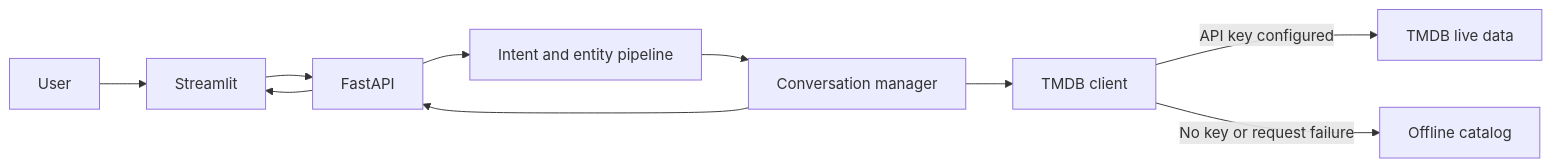
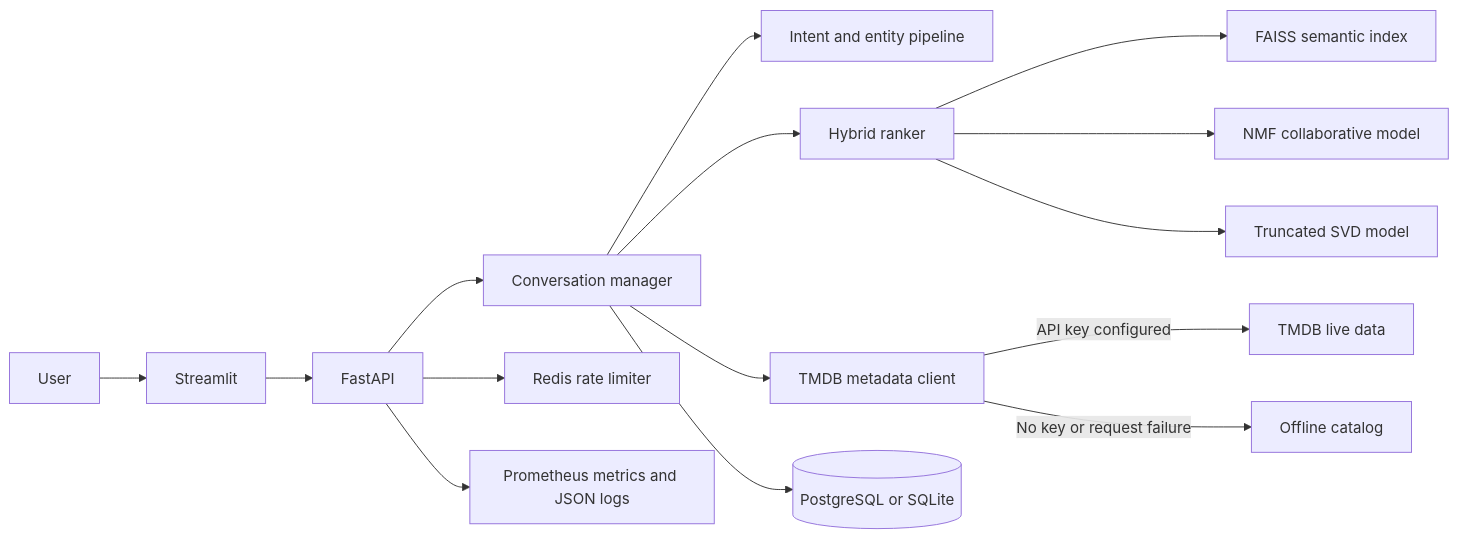
The diagram in README.md (PranaPragada7/CineBot-NLP-Project), drawn with Mermaid before and after one commit. The commit also changed other lines of this file and 31 other files, not shown here.

````diff
--- a/README.md
+++ b/README.md
@@ -34,12 +46,17 @@
 ```mermaid
 flowchart LR
     U[User] --> UI[Streamlit]
     UI --> API[FastAPI]
-    API --> NLP[Intent and entity pipeline]
-    NLP --> C[Conversation manager]
-    C --> T[TMDB client]
+    API --> C[Conversation manager]
+    C --> NLP[Intent and entity pipeline]
+    C --> R[Hybrid ranker]
+    R --> F[FAISS semantic index]
+    R --> N[NMF collaborative model]
+    R --> S[Truncated SVD model]
+    C --> T[TMDB metadata client]
+    C --> DB[(PostgreSQL or SQLite)]
+    API --> RL[Redis rate limiter]
+    API --> M[Prometheus metrics and JSON logs]
     T -->|API key configured| L[TMDB live data]
     T -->|No key or request failure| O[Offline catalog]
-    C --> API
-    API --> UI
 ```
````
